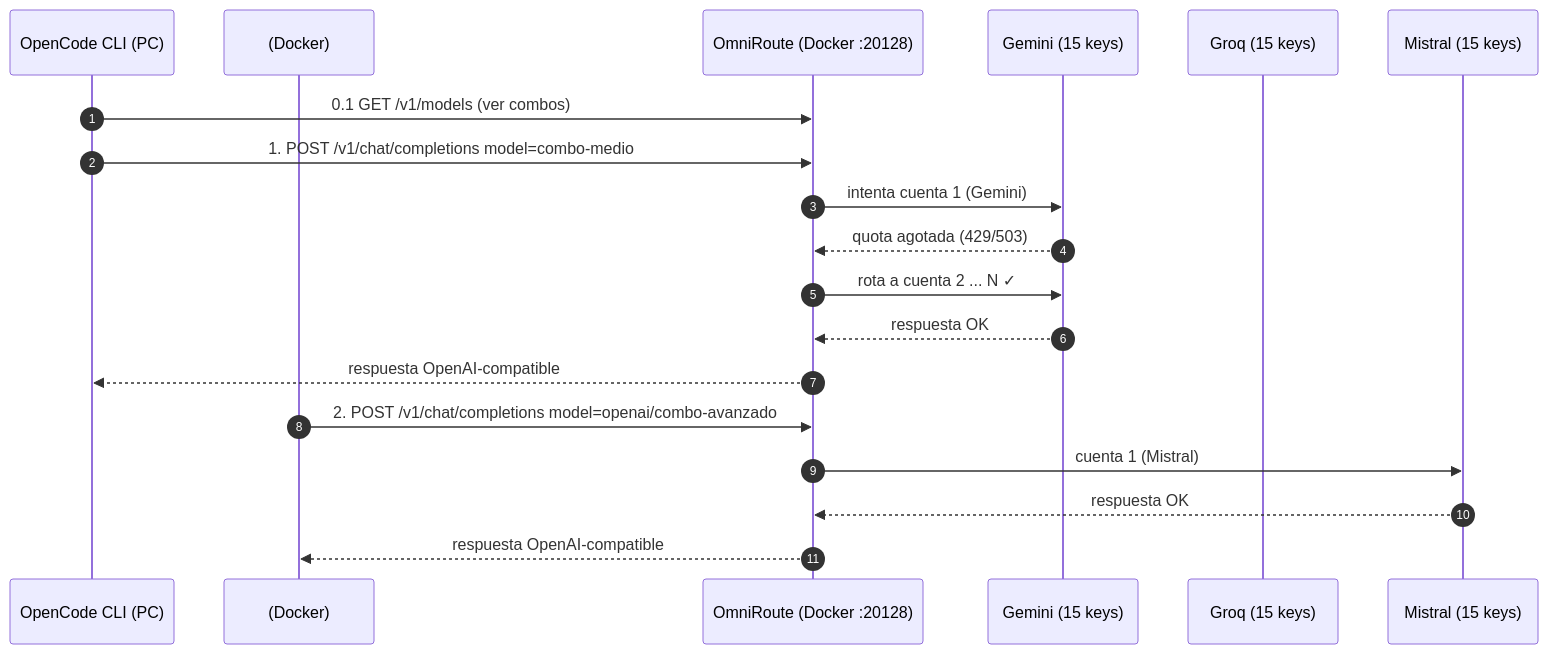
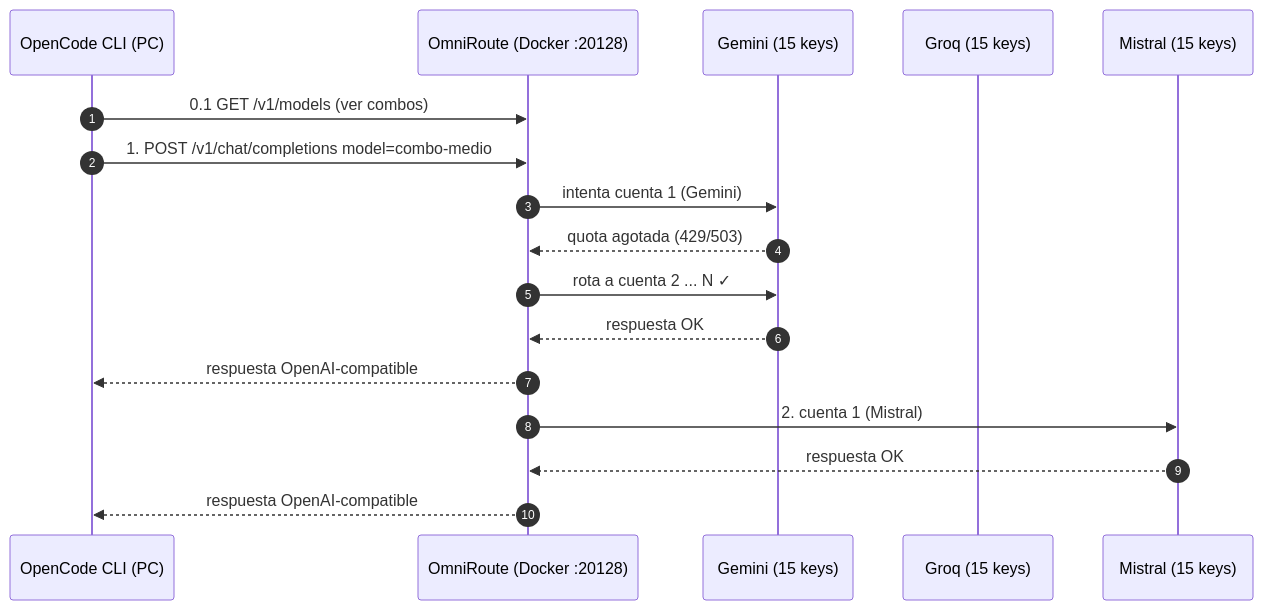
One commit to Payan3521/ENVIRONMENT-IA changed the first of 2 diagrams in docs/arquitectura.md. Above: the diagram before and after it, drawn with Mermaid. The commit also changed other lines of this file and 10 other files, not shown here.

````diff
--- a/docs/arquitectura.md
+++ b/docs/arquitectura.md
@@ -57,23 +48,20 @@
 ```mermaid
 sequenceDiagram
     autonumber
     participant OC as OpenCode CLI (PC)
-    participant OW as  (Docker)
     participant OR as OmniRoute (Docker :20128)
     participant G as Gemini (15 keys)
     participant Q as Groq (15 keys)
     participant M as Mistral (15 keys)
 
     OC->>OR: 0.1 GET /v1/models (ver combos)
     OC->>OR: 1. POST /v1/chat/completions model=combo-medio
     OR->>G: intenta cuenta 1 (Gemini)
     G-->>OR: quota agotada (429/503)
     OR->>G: rota a cuenta 2 ... N ✓
     G-->>OR: respuesta OK
     OR-->>OC: respuesta OpenAI-compatible
-
-    OW->>OR: 2. POST /v1/chat/completions model=openai/combo-avanzado
-    OR->>M: cuenta 1 (Mistral)
+    OR->>M: 2. cuenta 1 (Mistral)
     M-->>OR: respuesta OK
-    OR-->>OW: respuesta OpenAI-compatible
+    OR-->>OC: respuesta OpenAI-compatible
 ```
````
